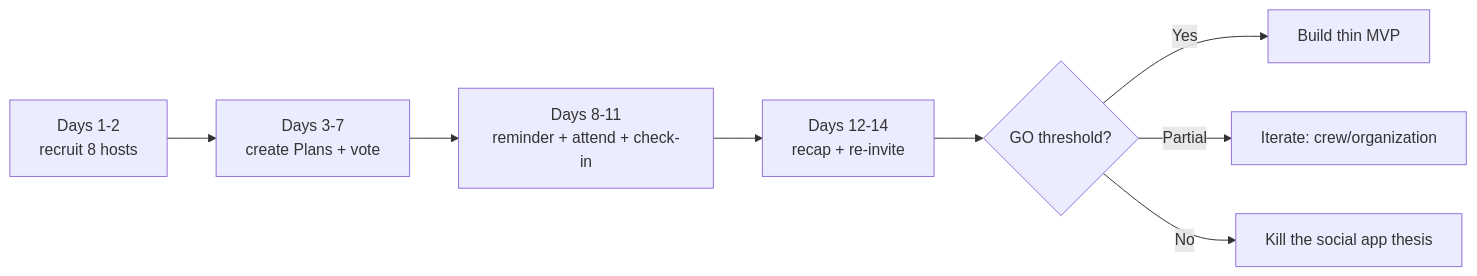
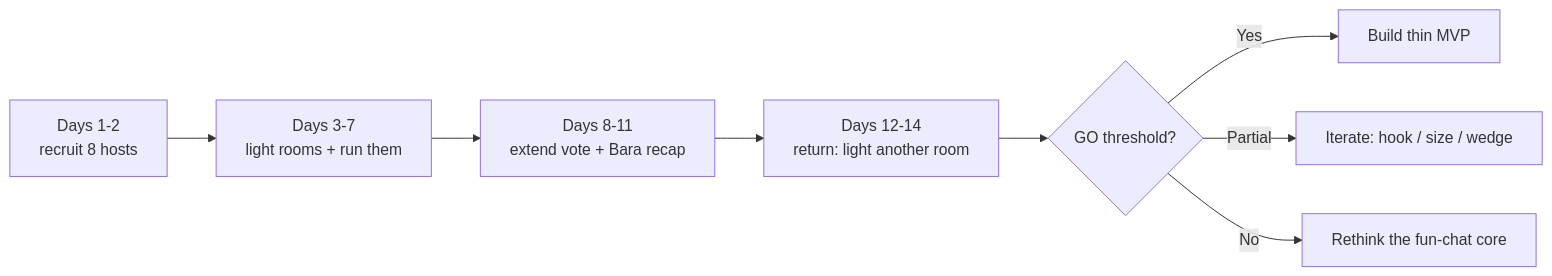
Before and after one commit to itsmhp/SocialMedia: the diagram in experiment/README.md, drawn with Mermaid. The commit also changed other lines of this file and 8 other files, not shown here.

Commit message:
docs: realign validation + experiment kit to chat-first (rooms + extend-vote); keep GPT report as historical

````diff
--- a/experiment/README.md
+++ b/experiment/README.md
@@ -29,10 +29,10 @@
 ```mermaid
 flowchart LR
-    A[Days 1-2<br/>recruit 8 hosts] --> B[Days 3-7<br/>create Plans + vote]
-    B --> C[Days 8-11<br/>reminder + attend + check-in]
-    C --> D[Days 12-14<br/>recap + re-invite]
+    A[Days 1-2<br/>recruit 8 hosts] --> B[Days 3-7<br/>light rooms + run them]
+    B --> C[Days 8-11<br/>extend vote + Bara recap]
+    C --> D[Days 12-14<br/>return: light another room]
     D --> E{GO threshold?}
     E -->|Yes| F[Build thin MVP]
-    E -->|Partial| G[Iterate: crew/organization]
-    E -->|No| H[Kill the social app thesis]
+    E -->|Partial| G[Iterate: hook / size / wedge]
+    E -->|No| H[Rethink the fun-chat core]
 ```
````
